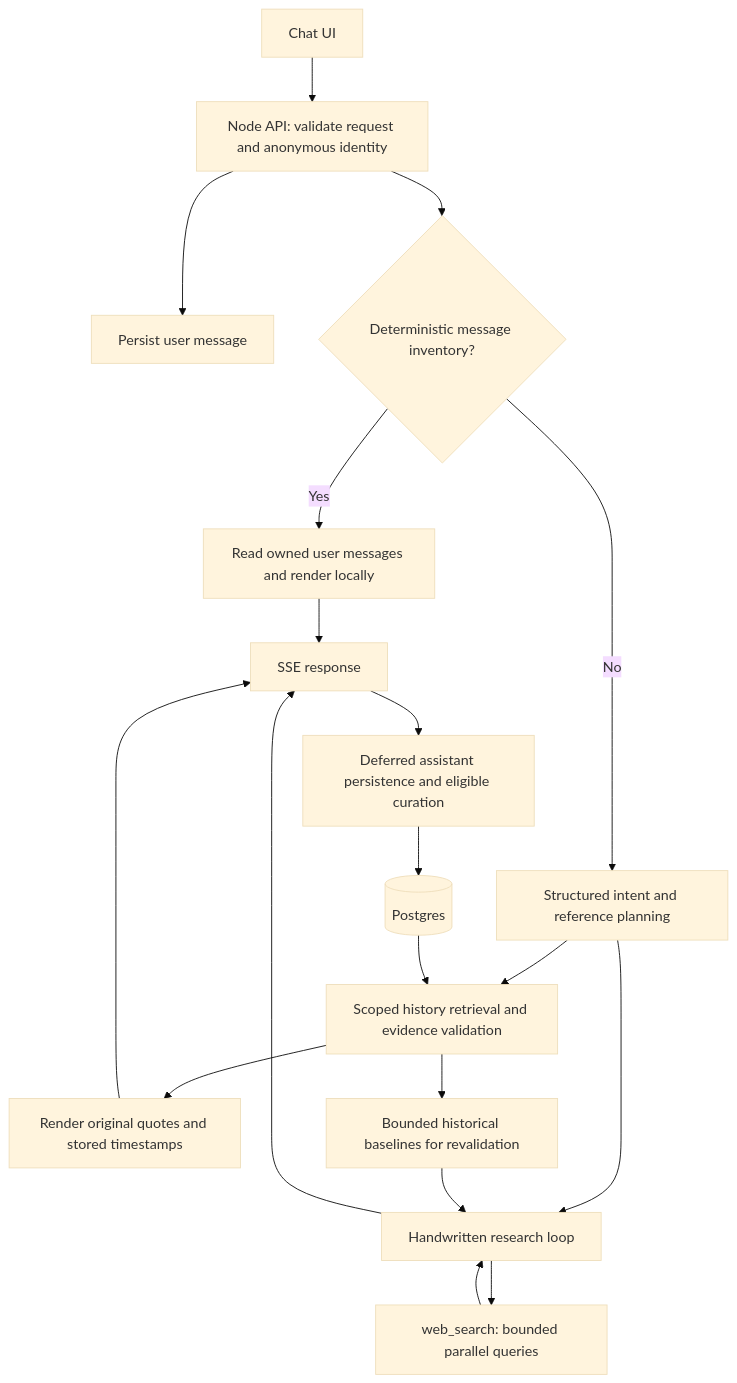
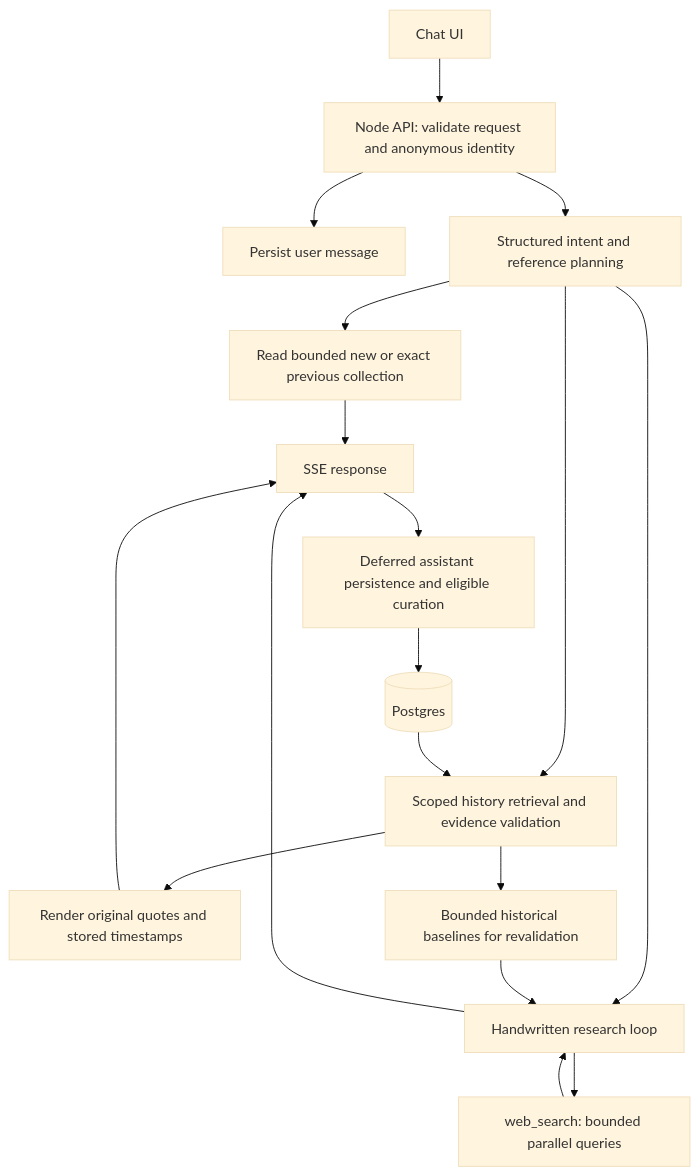
The diagram in docs/DESIGN.md (Ronitdoes/Chrona-Agent), drawn with Mermaid (base theme) before and after one commit. The commit also changed other lines of this file and 35 other files, not shown here.

````diff
--- a/docs/DESIGN.md
+++ b/docs/DESIGN.md
@@ -22,21 +22,20 @@
 ```mermaid
 flowchart TD
   UI[Chat UI] --> API[Node API: validate request and anonymous identity]
   API --> Save[Persist user message]
-  API --> Inventory{Deterministic message inventory?}
-  Inventory -->|Yes| List[Read owned user messages and render locally]
-  Inventory -->|No| Plan[Structured intent and reference planning]
+  API --> Plan[Structured intent and reference planning]
+  Plan --> List[Read bounded new or exact previous collection]
   Plan --> History[Scoped history retrieval and evidence validation]
   History --> Private[Render original quotes and stored timestamps]
   Plan --> Research[Handwritten research loop]
   History --> Baseline[Bounded historical baselines for revalidation]
   Baseline --> Research
   Research --> Search[web_search: bounded parallel queries]
   Search --> Research
   List --> Response[SSE response]
   Private --> Response
   Research --> Response
   Response --> Persist[Deferred assistant persistence and eligible curation]
   Persist --> DB[(Postgres)]
   DB --> History
 ```
````
